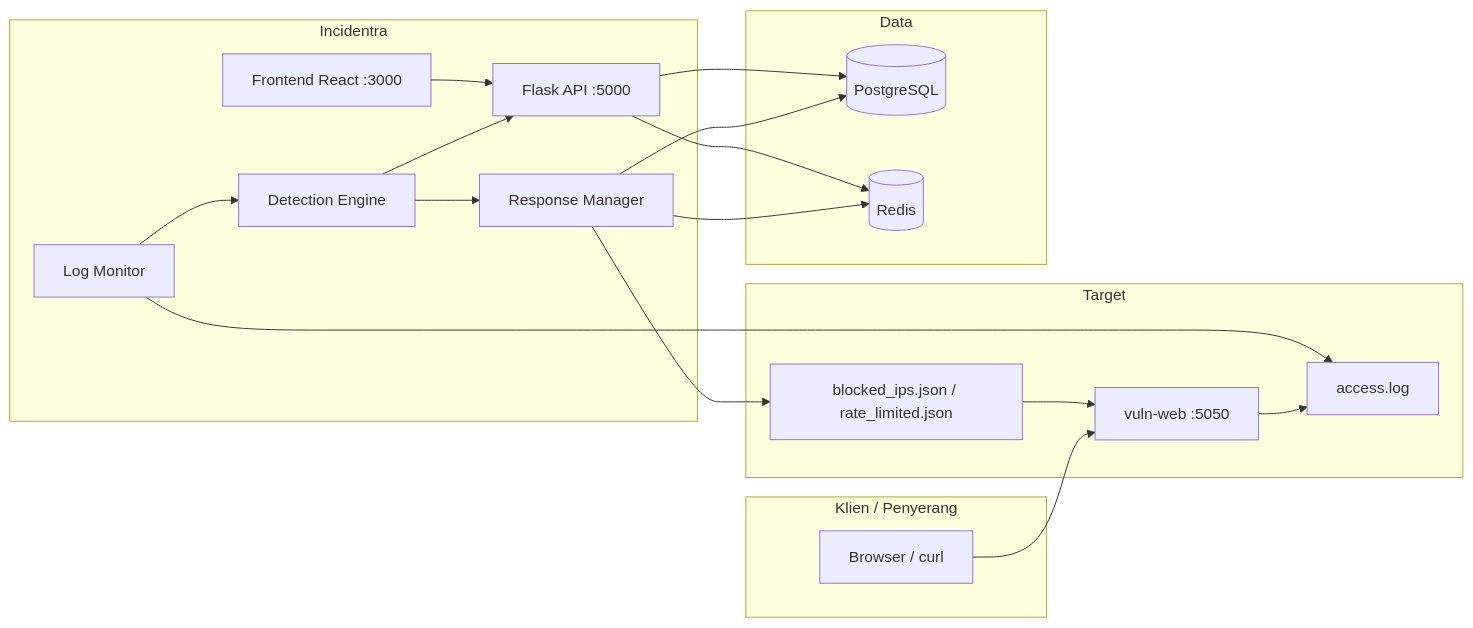
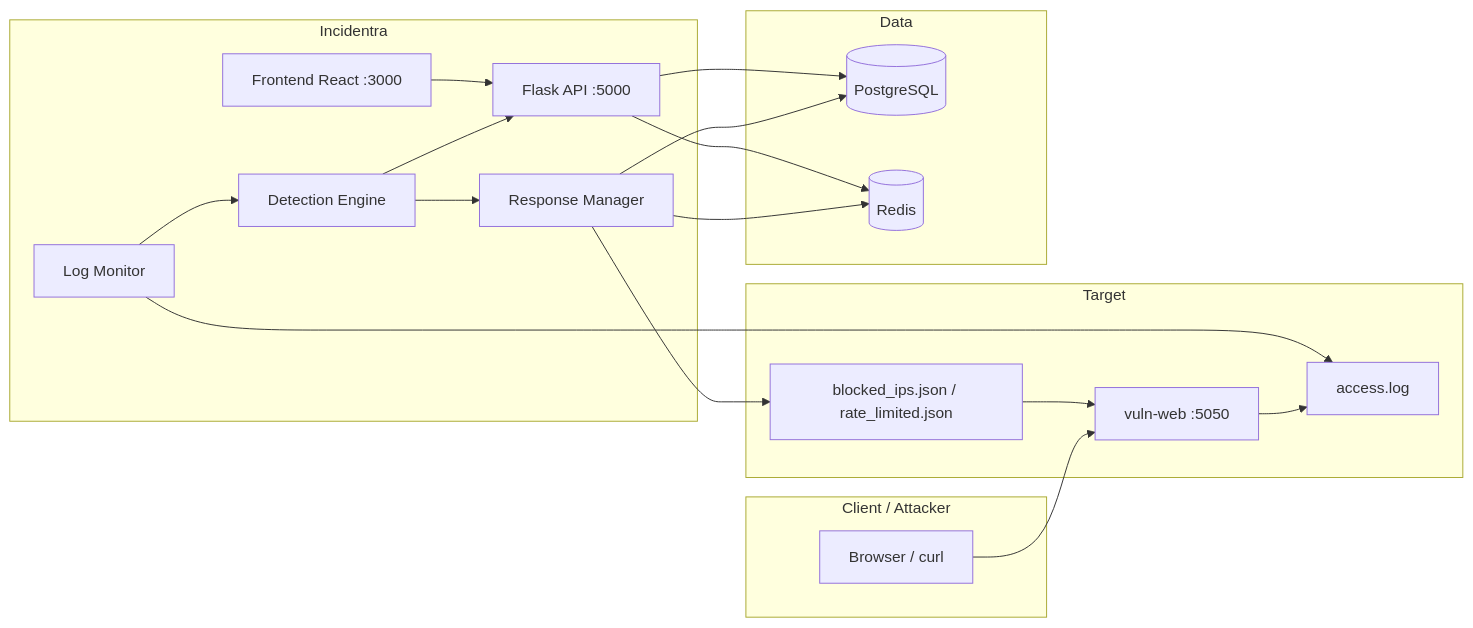
One commit to HardInCode/incidentra changed the diagram in docs/ARCHITECTURE.md. Above: the diagram before and after it, drawn with Mermaid. The commit also changed other lines of this file and 6 other files, not shown here.

````diff
--- a/docs/ARCHITECTURE.md
+++ b/docs/ARCHITECTURE.md
@@ -45,35 +45,35 @@
 ```mermaid
 flowchart LR
-  subgraph client [Klien / Penyerang]
+  subgraph client [Client / Attacker]
     B[Browser / curl]
   end
   subgraph target [Target]
     V[vuln-web :5050]
     L[access.log]
     J[blocked_ips.json / rate_limited.json]
   end
   subgraph soc [Incidentra]
     F[Frontend React :3000]
     API[Flask API :5000]
     LM[Log Monitor]
     DE[Detection Engine]
     RM[Response Manager]
   end
   subgraph data [Data]
     PG[(PostgreSQL)]
     R[(Redis)]
   end
   B --> V
   V --> L
   LM --> L
   LM --> DE
   DE --> API
   DE --> RM
   RM --> PG
   RM --> J
   RM --> R
   J --> V
   F --> API
   API --> PG
   API --> R
 ```
````
